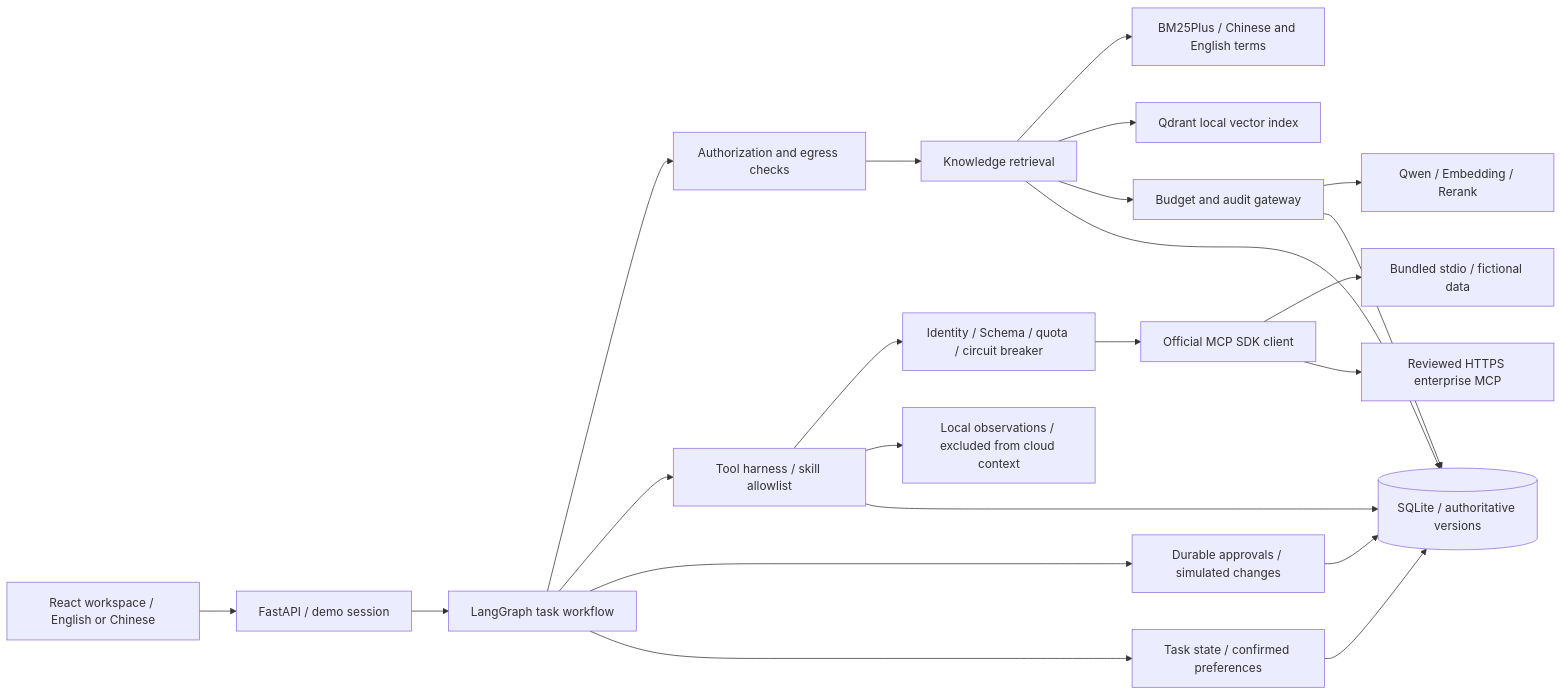
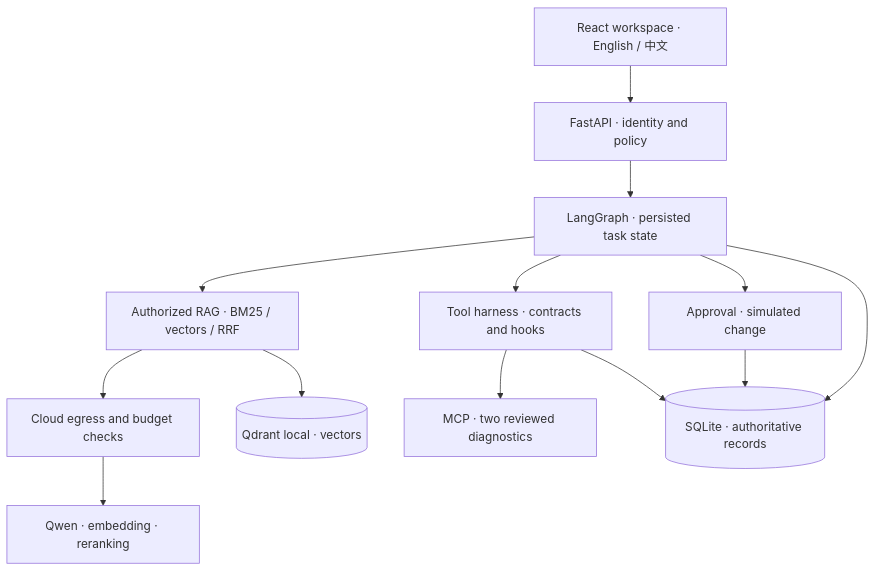
Before and after one commit to shaohsuanw803-boop/deskpilot: the diagram in README.md, drawn with Mermaid. The commit also changed other lines of this file and 11 other files, not shown here.

````diff
--- a/README.md
+++ b/README.md
@@ -55,24 +55,15 @@
 ```mermaid
-flowchart LR
-  UI[React workspace / English or Chinese] --> API[FastAPI / demo session]
-  API --> FLOW[LangGraph task workflow]
-  FLOW --> AUTH[Authorization and egress checks]
-  FLOW --> HARNESS[Tool harness / skill allowlist]
-  HARNESS --> CONTRACT[Identity / Schema / quota / circuit breaker]
-  CONTRACT --> MCP[Official MCP SDK client]
-  MCP --> LOCAL[Bundled stdio / fictional data]
-  MCP --> REMOTE[Reviewed HTTPS enterprise MCP]
-  HARNESS --> OBS[Local observations / excluded from cloud context]
-  AUTH --> RAG[Knowledge retrieval]
-  RAG --> BM25[BM25Plus / Chinese and English terms]
-  RAG --> QDRANT[Qdrant local vector index]
-  RAG --> GATEWAY[Budget and audit gateway]
-  GATEWAY --> QWEN[Qwen / Embedding / Rerank]
-  FLOW --> APPROVAL[Durable approvals / simulated changes]
-  RAG --> DB[(SQLite / authoritative versions)]
+flowchart TB
+  UI[React workspace · English / 中文] --> API[FastAPI · identity and policy]
+  API --> FLOW[LangGraph · persisted task state]
+  FLOW --> RAG[Authorized RAG · BM25 / vectors / RRF]
+  RAG --> GATE[Cloud egress and budget checks]
+  GATE --> CLOUD[Qwen · embedding · reranking]
+  FLOW --> HARNESS[Tool harness · contracts and hooks]
+  HARNESS --> MCP[MCP · two reviewed diagnostics]
+  FLOW --> APPROVAL[Approval · simulated change]
+  RAG --> VECTOR[(Qdrant local · vectors)]
+  FLOW --> DB[(SQLite · authoritative records)]
   APPROVAL --> DB
-  FLOW --> MEMORY[Task state / confirmed preferences]
-  MEMORY --> DB
-  GATEWAY --> DB
   HARNESS --> DB
 ```
````
